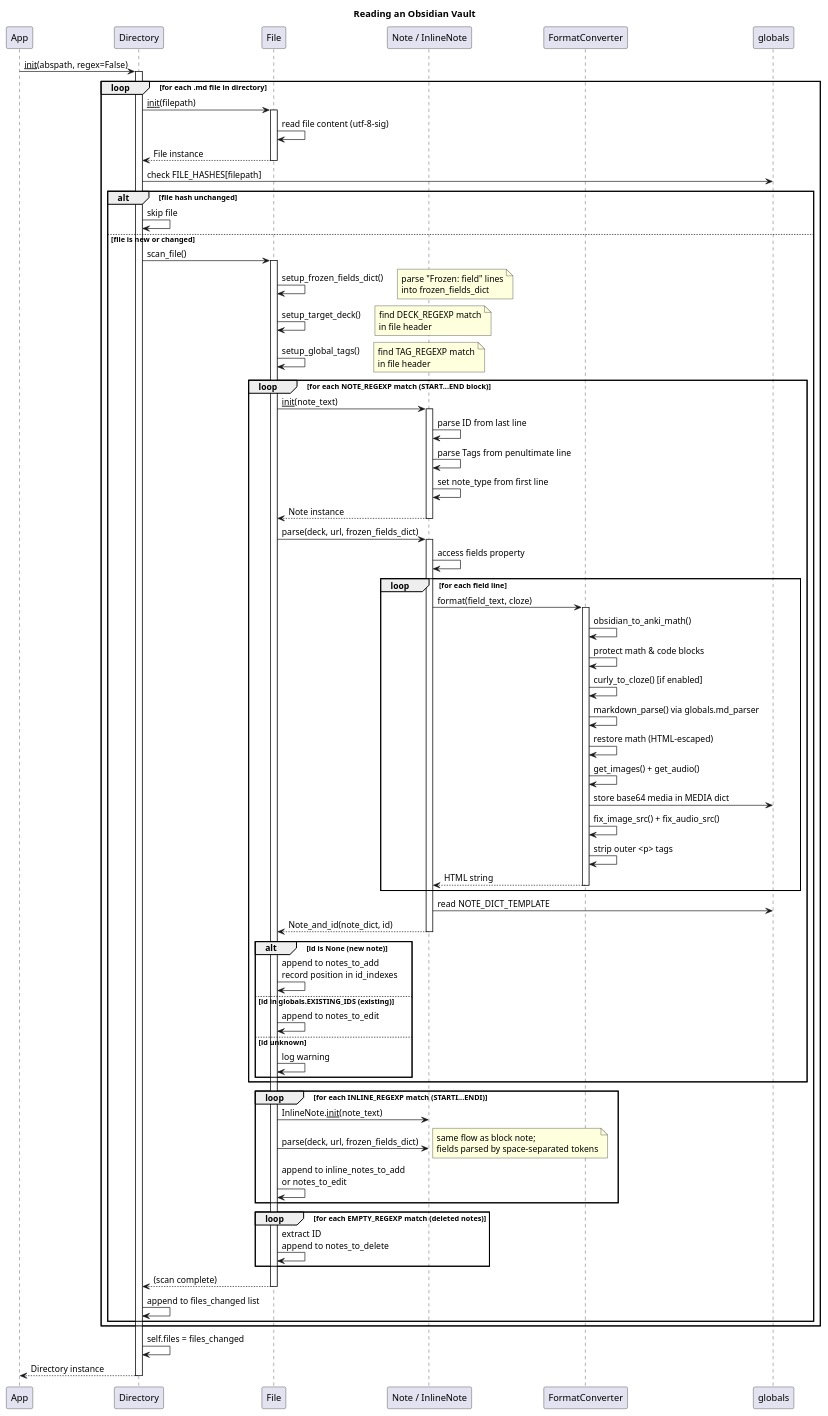
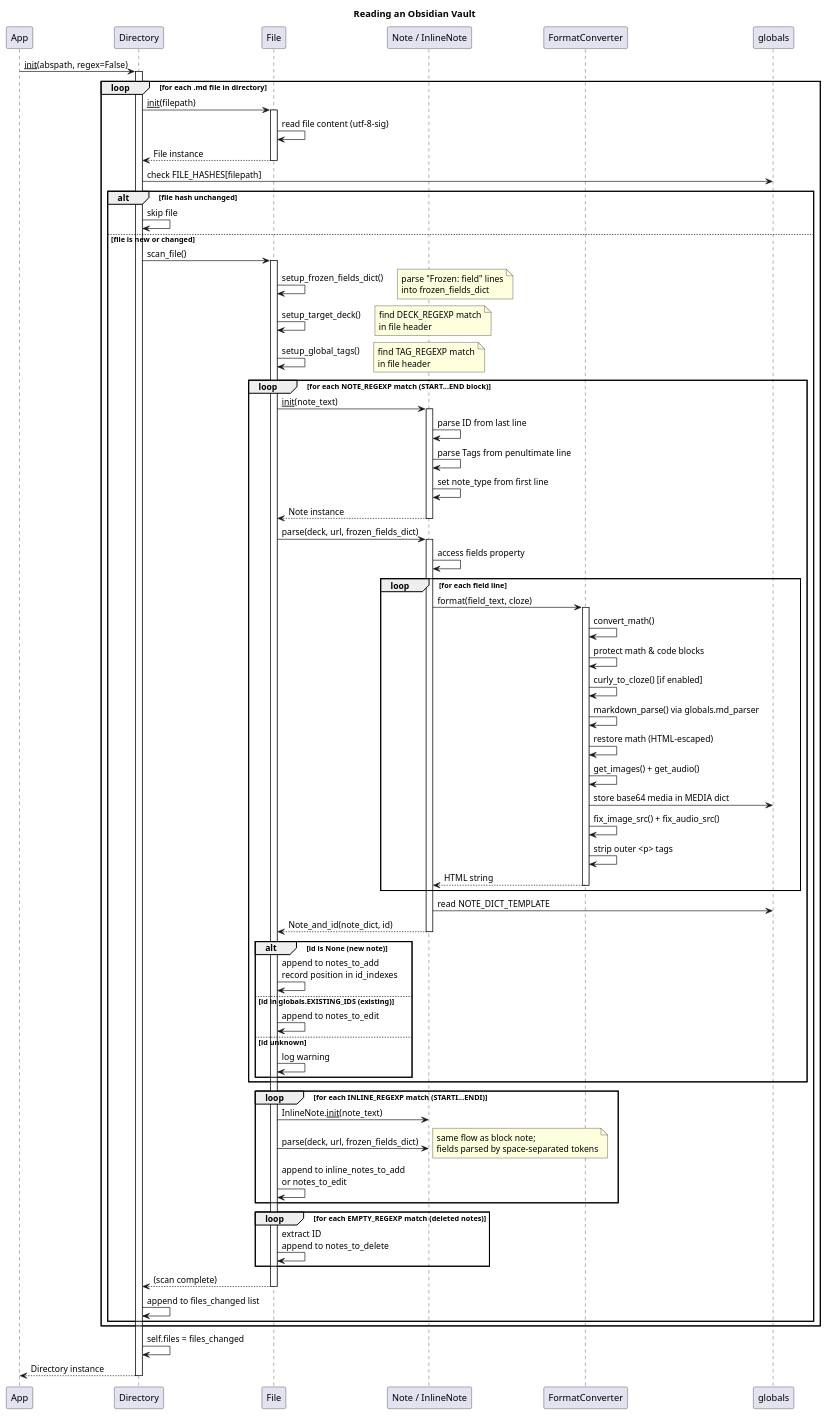
Before and after one commit to willgraham345/Obsidian_to_Anki: the diagram in docs/legacy/sequence_vault_reading.puml, drawn with PlantUML. The commit also changed 37 other files, not shown here.

Commit message:
fixup! refactor: rename package from obsidian_to_anki to atomics

```diff
--- a/docs/legacy/sequence_vault_reading.puml
+++ b/docs/legacy/sequence_vault_reading.puml
@@ -1,99 +1,99 @@
 @startuml sequence_vault_reading
 title Reading an Obsidian Vault
 
 participant App
 participant Directory
 participant File
 participant "Note / InlineNote" as Note
 participant FormatConverter
 participant globals
 
 App -> Directory : __init__(abspath, regex=False)
 activate Directory
 
 loop for each .md file in directory
   Directory -> File : __init__(filepath)
   activate File
   File -> File : read file content (utf-8-sig)
   File --> Directory : File instance
   deactivate File
 
   Directory -> globals : check FILE_HASHES[filepath]
   alt file hash unchanged
     Directory -> Directory : skip file
   else file is new or changed
     Directory -> File : scan_file()
     activate File
 
     File -> File : setup_frozen_fields_dict()
     note right: parse "Frozen: field" lines\ninto frozen_fields_dict
 
     File -> File : setup_target_deck()
     note right: find DECK_REGEXP match\nin file header
 
     File -> File : setup_global_tags()
     note right: find TAG_REGEXP match\nin file header
 
     loop for each NOTE_REGEXP match (START...END block)
       File -> Note : __init__(note_text)
       activate Note
       Note -> Note : parse ID from last line
       Note -> Note : parse Tags from penultimate line
       Note -> Note : set note_type from first line
       Note --> File : Note instance
       deactivate Note
 
       File -> Note : parse(deck, url, frozen_fields_dict)
       activate Note
       Note -> Note : access fields property
       loop for each field line
         Note -> FormatConverter : format(field_text, cloze)
         activate FormatConverter
-        FormatConverter -> FormatConverter : obsidian_to_anki_math()
+        FormatConverter -> FormatConverter : convert_math()
         FormatConverter -> FormatConverter : protect math & code blocks
         FormatConverter -> FormatConverter : curly_to_cloze() [if enabled]
         FormatConverter -> FormatConverter : markdown_parse() via globals.md_parser
         FormatConverter -> FormatConverter : restore math (HTML-escaped)
         FormatConverter -> FormatConverter : get_images() + get_audio()
         FormatConverter -> globals : store base64 media in MEDIA dict
         FormatConverter -> FormatConverter : fix_image_src() + fix_audio_src()
         FormatConverter -> FormatConverter : strip outer <p> tags
         FormatConverter --> Note : HTML string
         deactivate FormatConverter
       end
       Note -> globals : read NOTE_DICT_TEMPLATE
       Note --> File : Note_and_id(note_dict, id)
       deactivate Note
 
       alt id is None (new note)
         File -> File : append to notes_to_add\nrecord position in id_indexes
       else id in globals.EXISTING_IDS (existing)
         File -> File : append to notes_to_edit
       else id unknown
         File -> File : log warning
       end
     end
 
     loop for each INLINE_REGEXP match (STARTI...ENDI)
       File -> Note : InlineNote.__init__(note_text)
       File -> Note : parse(deck, url, frozen_fields_dict)
       note right: same flow as block note;\nfields parsed by space-separated tokens
       File -> File : append to inline_notes_to_add\nor notes_to_edit
     end
 
     loop for each EMPTY_REGEXP match (deleted notes)
       File -> File : extract ID\nappend to notes_to_delete
     end
 
     File --> Directory : (scan complete)
     deactivate File
 
     Directory -> Directory : append to files_changed list
   end
 end
 
 Directory -> Directory : self.files = files_changed
 Directory --> App : Directory instance
 deactivate Directory
 
 @enduml
```
